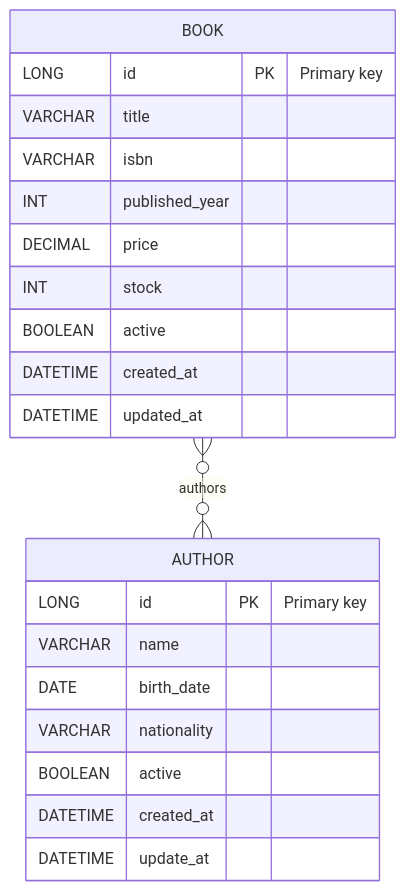
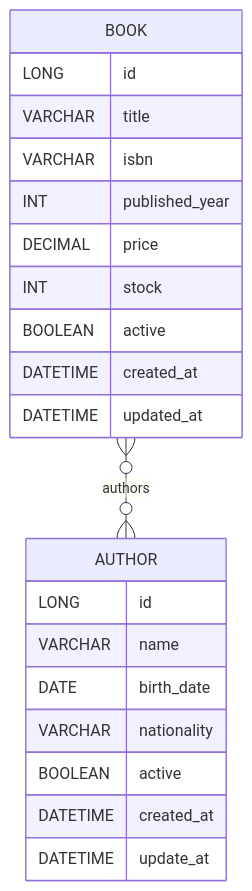
The diagram in README.md (Pedrones00/bookstore-api), drawn with Mermaid before and after one commit.

Commit message:
fix(docs): fix data model

````diff
--- a/README.md
+++ b/README.md
@@ -31,27 +31,27 @@
 ```mermaid
 erDiagram
   BOOK {
-    LONG id PK "Primary key"
+    LONG id
     VARCHAR title
     VARCHAR isbn
     INT published_year
     DECIMAL price
     INT stock
     BOOLEAN active
     DATETIME created_at
     DATETIME updated_at
   }
 
   AUTHOR {
-    LONG id PK "Primary key"
+    LONG id
     VARCHAR name
     DATE birth_date
     VARCHAR nationality
     BOOLEAN active
     DATETIME created_at
     DATETIME update_at
   }
 
   BOOK }o--o{ AUTHOR : "authors"
   %% Join table (JPA @ManyToMany): book_authors(book_id, author_id)
 ```
````
